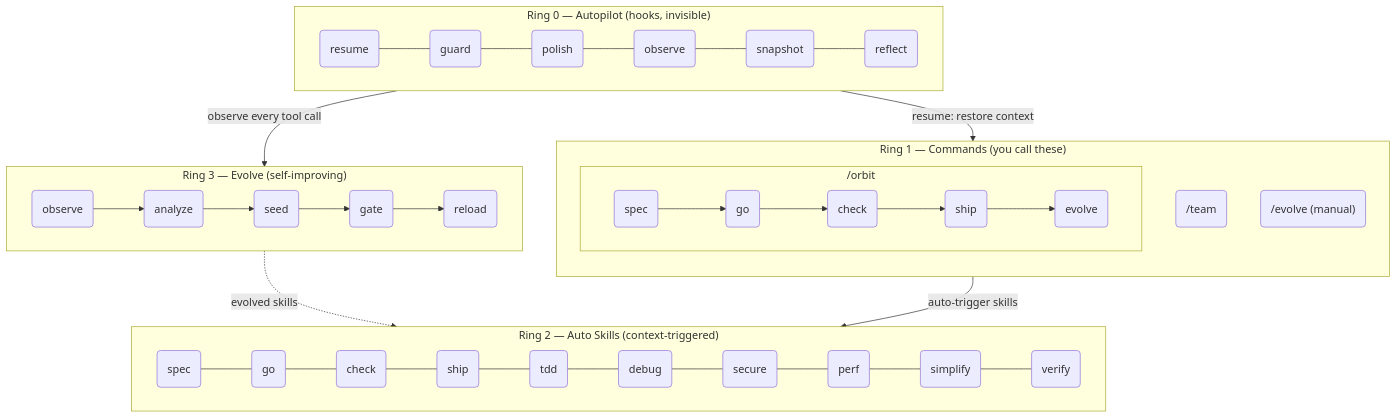
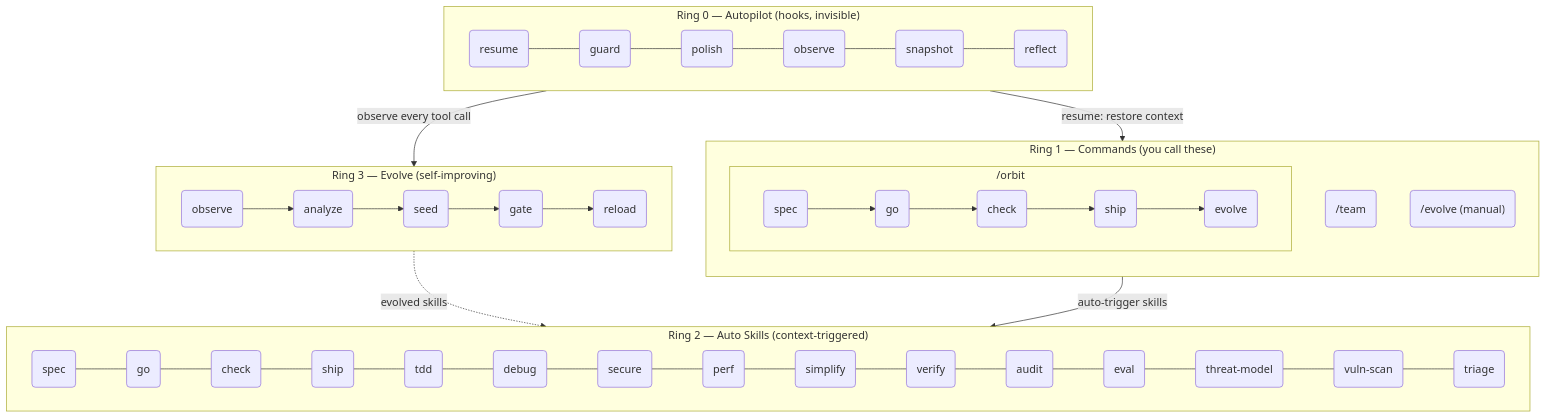
One commit to epicsagas/epic-harness changed the second of 2 diagrams in i18n/ja/README.md. Above: the diagram before and after it, drawn with Mermaid. The commit also changed other lines of this file and 2 other files, not shown here.

````diff
--- a/i18n/ja/README.md
+++ b/i18n/ja/README.md
@@ -416,32 +485,32 @@
 ```mermaid
 flowchart TB
     subgraph R0["Ring 0 — Autopilot (hooks, invisible)"]
         direction LR
         h1(resume) --- h2(guard) --- h3(polish) --- h4(observe) --- h5(snapshot) --- h6(reflect)
     end
 
     subgraph R1["Ring 1 — Commands (you call these)"]
         direction TB
         subgraph orbit_wrap["  /orbit  "]
             direction LR
-            c1(spec) --> c2(go) --> c3(check) --> c4(ship) --> c5(evolve)
+            c1("spec") --> c2("go") --> c3("check") --> c4("ship") --> c5("evolve")
         end
         c6("/team")
         c7("/evolve (manual)")
     end
 
     subgraph R2["Ring 2 — Auto Skills (context-triggered)"]
         direction LR
-        s1(spec) --- s2(go) --- s3(check) --- s4(ship) --- s5(tdd) --- s6(debug) --- s7(secure) --- s8(perf) --- s9(simplify) --- s10(verify)
+        s1(spec) --- s2(go) --- s3(check) --- s4(ship) --- s5(tdd) --- s6(debug) --- s7(secure) --- s8(perf) --- s9(simplify) --- s10(verify) --- s11(audit) --- s12(eval) --- s13(threat-model) --- s14(vuln-scan) --- s15(triage)
     end
 
     subgraph R3["Ring 3 — Evolve (self-improving)"]
         direction LR
         e1(observe) --> e2(analyze) --> e3(seed) --> e4(gate) --> e5(reload)
     end
 
     R0 -->|"observe every tool call"| R3
     R3 -.->|"evolved skills"| R2
     R1 -->|"auto-trigger skills"| R2
     R0 -->|"resume: restore context"| R1
 ```
````
